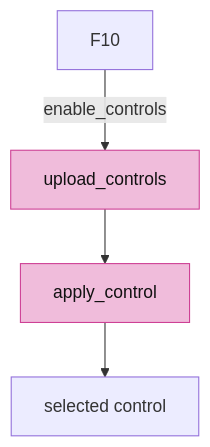
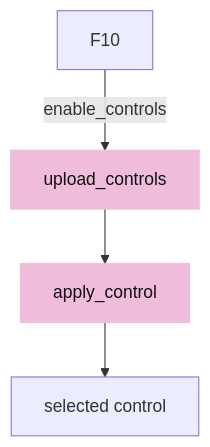
The seventh of 8 diagrams in session_viewer/docs/13-controls.md (petrasvestartas/session), drawn with Mermaid before and after one commit. The commit also changed other lines of this file and 324 other files, not shown here.

````diff
--- a/session_viewer/docs/13-controls.md
+++ b/session_viewer/docs/13-controls.md
@@ -160,8 +194,8 @@
 ```mermaid
 flowchart TB
     F["F10"] -- "enable_controls" --> U["upload_controls"]
     U --> A["apply_control"]
     A --> S["selected control"]
-    style U fill:#f0bcdb,stroke:#ce4095,color:#111
-    style A fill:#f0bcdb,stroke:#ce4095,color:#111
+    style U fill:#f0bcdb,stroke:#f0bcdb,color:#111
+    style A fill:#f0bcdb,stroke:#f0bcdb,color:#111
 ```
````
